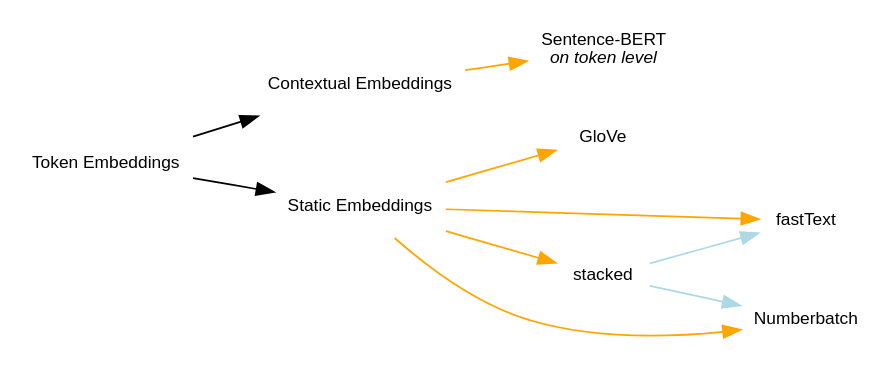
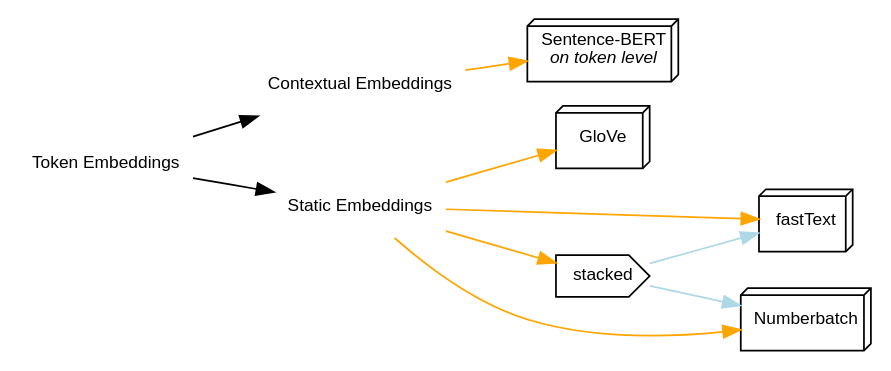
The diagram in miscellaneous/diagram_embeddings_2.dot (poke1024/vectorian-2021-demo), drawn with Graphviz before and after one commit. The commit also changed 2 other files, not shown here.

Commit message:
more embedding diagram improvements

```diff
--- a/miscellaneous/diagram_embeddings_2.dot
+++ b/miscellaneous/diagram_embeddings_2.dot
@@ -1,25 +1,25 @@
 digraph my_graph {
     rankdir=LR;
     graph[ranksep=0.5,nodesep=.2 ,margin=0.3,bgcolor=Transparent];
     node[fontname=Arial, fontsize=10];
     edge[fontname=Arial, fontsize=10];
 
     token_embeddings [label="Token Embeddings", color="transparent", shape="rectangle"];
     contextual [label="Contextual Embeddings", color="transparent", shape="rectangle"];
     static [label="Static Embeddings", color="transparent", shape="rectangle"];
-    glove [label="GloVe", color="transparent", shape="rectangle"];
-    fasttext [label="fastText", color="transparent", shape="rectangle"];
-    numberbatch [label="Numberbatch", color="transparent", shape="rectangle"];
-    stacked [label="stacked", color="transparent", shape="rectangle"];
-    sbert [label=<Sentence-BERT<br/><I>on token level</I>>, color="transparent", shape="rectangle"]
+    glove [label="GloVe", shape="box3d"];
+    fasttext [label="fastText", shape="box3d"];
+    numberbatch [label="Numberbatch", shape="box3d"];
+    stacked [label="stacked", shape="cds"];
+    sbert [label=<Sentence-BERT<br/><I>on token level</I>>,shape="box3d"]
    
     token_embeddings -> contextual [dir="forward"];
     token_embeddings -> static [dir="forward"];
     static -> glove [dir="forward", color="orange"];
     static -> fasttext [dir="forward", color="orange"];
     static -> numberbatch [dir="forward", color="orange"];
     static -> stacked [dir="forward", color="orange"];
     stacked -> fasttext [dir="forward", color="lightblue"];
     stacked -> numberbatch [dir="forward", color="lightblue"];
     contextual -> sbert [dir="forward", color="orange"];
 }
```
